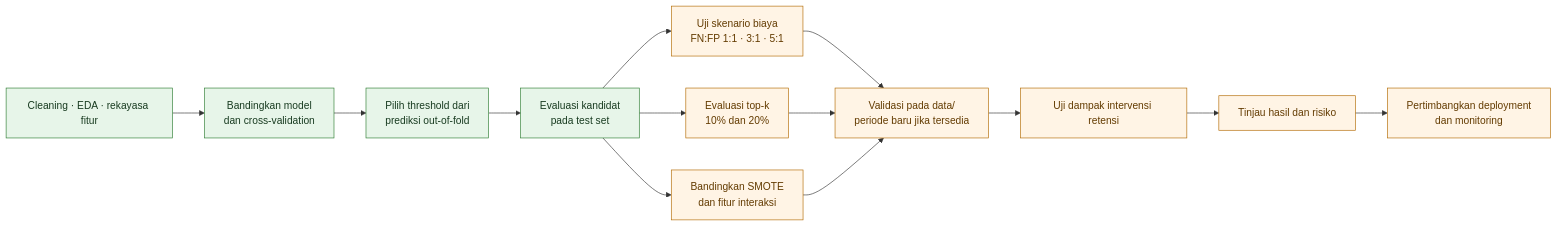
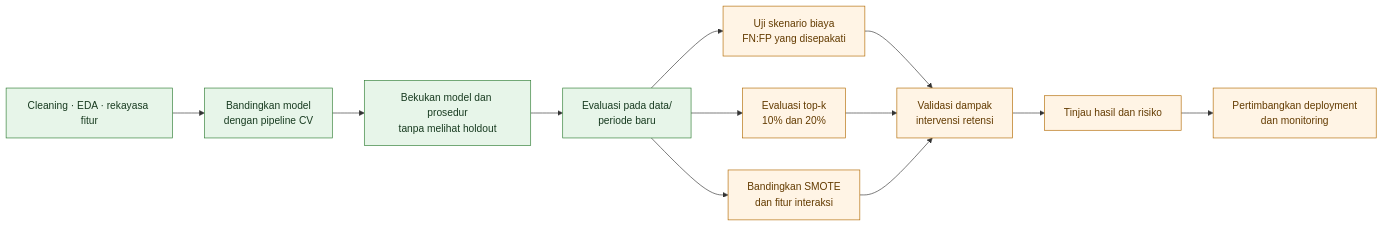
One commit to carlos1739/analisis_telco changed the third of 3 diagrams in README.md. Above: the diagram before and after it, drawn with Mermaid. The commit also changed other lines of this file and 2 other files, not shown here.

````diff
--- a/README.md
+++ b/README.md
@@ -492,19 +482,18 @@
 ```mermaid
 flowchart LR
-    A["Cleaning · EDA · rekayasa fitur"] --> B["Bandingkan model<br/>dan cross-validation"]
-    B --> C["Pilih threshold dari<br/>prediksi out-of-fold"]
-    C --> D["Evaluasi kandidat<br/>pada test set"]
-    D --> E["Uji skenario biaya<br/>FN:FP 1:1 · 3:1 · 5:1"]
+    A["Cleaning · EDA · rekayasa fitur"] --> B["Bandingkan model<br/>dengan pipeline CV"]
+    B --> C["Bekukan model dan prosedur<br/>tanpa melihat holdout"]
+    C --> D["Evaluasi pada data/<br/>periode baru"]
+    D --> E["Uji skenario biaya<br/>FN:FP yang disepakati"]
     D --> F["Evaluasi top-k<br/>10% dan 20%"]
     D --> G["Bandingkan SMOTE<br/>dan fitur interaksi"]
-    E --> H["Validasi pada data/<br/>periode baru jika tersedia"]
+    E --> H["Validasi dampak<br/>intervensi retensi"]
     F --> H
     G --> H
-    H --> I["Uji dampak intervensi retensi"]
-    I --> J["Tinjau hasil dan risiko"]
-    J --> K["Pertimbangkan deployment<br/>dan monitoring"]
+    H --> I["Tinjau hasil dan risiko"]
+    I --> J["Pertimbangkan deployment<br/>dan monitoring"]
     classDef done fill:#e7f5e9,stroke:#2e7d32,color:#183b20
     classDef next fill:#fff4e5,stroke:#b26a00,color:#633b00
     class A,B,C,D done
-    class E,F,G,H,I,J,K next
+    class E,F,G,H,I,J next
 ```
````
